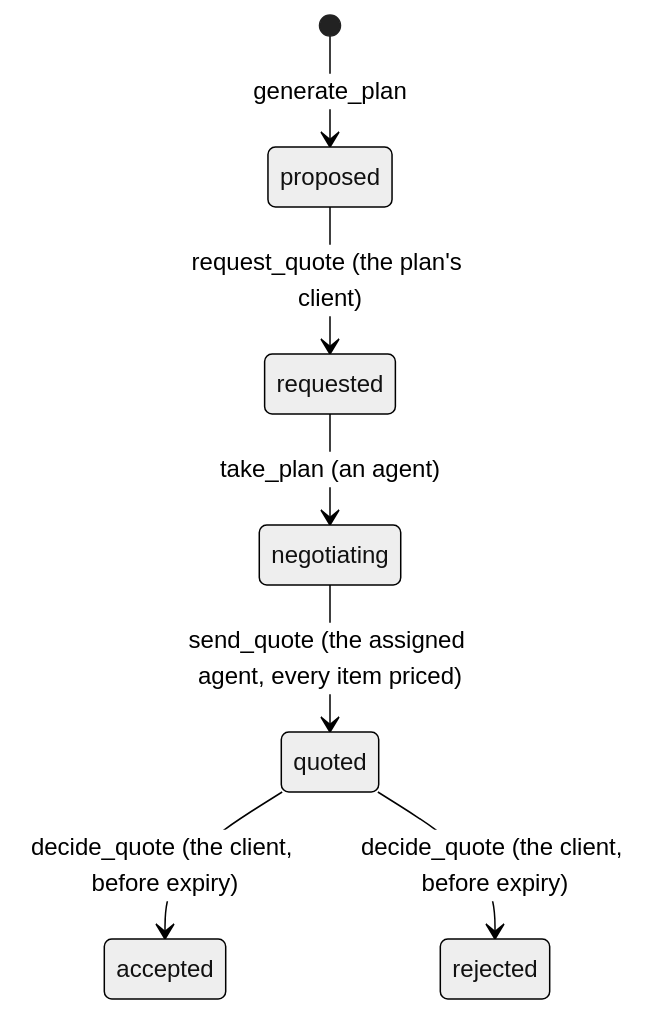
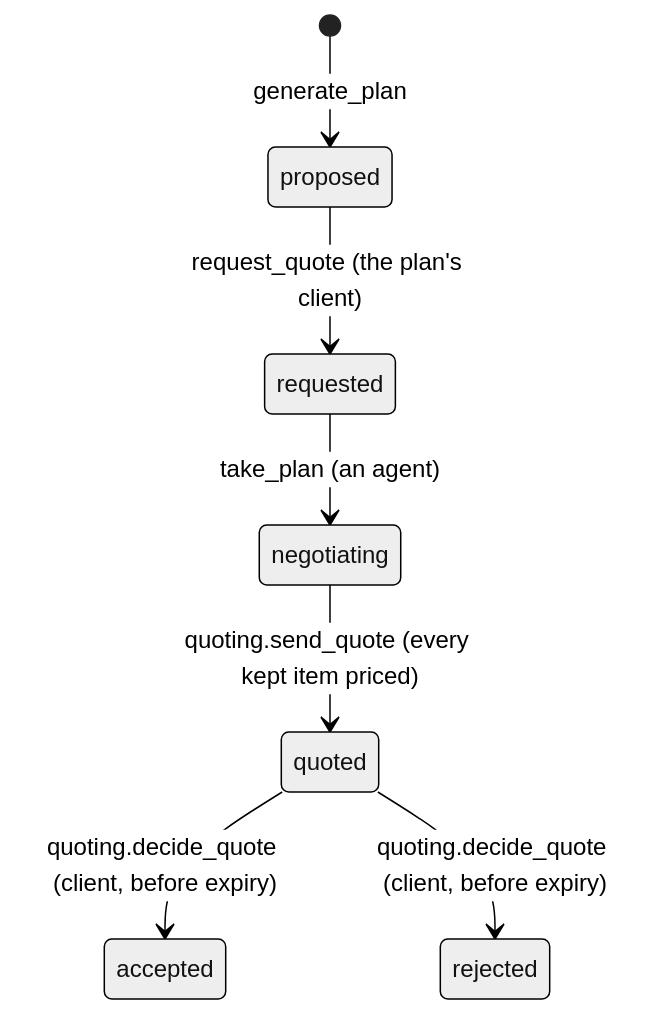
One commit to loaiattar/Novoya changed the third of 4 diagrams in docs/BACKEND.md. Above: the diagram before and after it, drawn with Mermaid (neutral theme). The commit also changed other lines of this file and 113 other files, not shown here.

First line of the commit message:
Backend: modular monolith with Clean Architecture in each module

````diff
--- a/docs/BACKEND.md
+++ b/docs/BACKEND.md
@@ -91,9 +125,9 @@
 ```mermaid
 stateDiagram-v2
   [*] --> proposed: generate_plan
   proposed --> requested: request_quote (the plan's client)
   requested --> negotiating: take_plan (an agent)
-  negotiating --> quoted: send_quote (the assigned agent, every item priced)
-  quoted --> accepted: decide_quote (the client, before expiry)
-  quoted --> rejected: decide_quote (the client, before expiry)
+  negotiating --> quoted: quoting.send_quote (every kept item priced)
+  quoted --> accepted: quoting.decide_quote (client, before expiry)
+  quoted --> rejected: quoting.decide_quote (client, before expiry)
 ```
````
